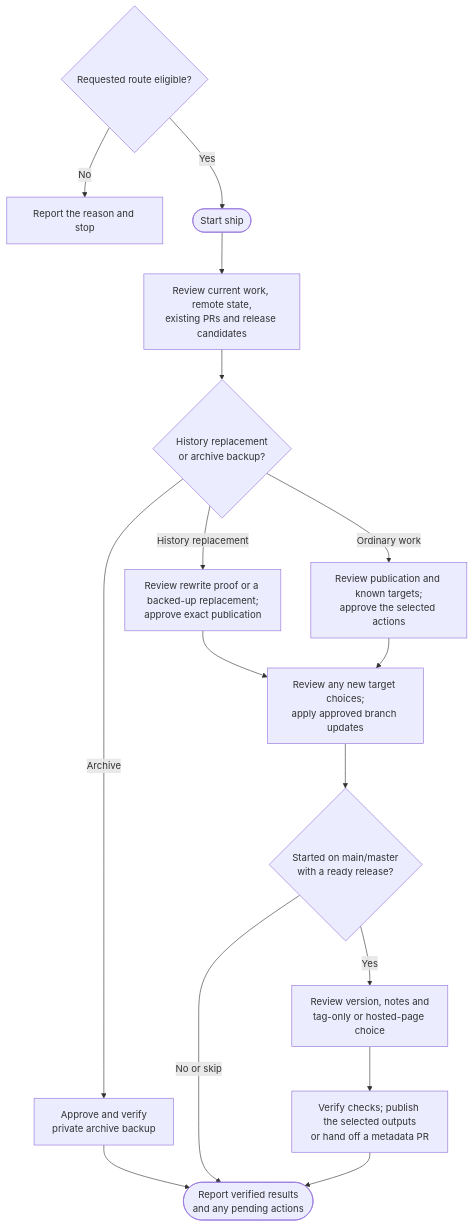
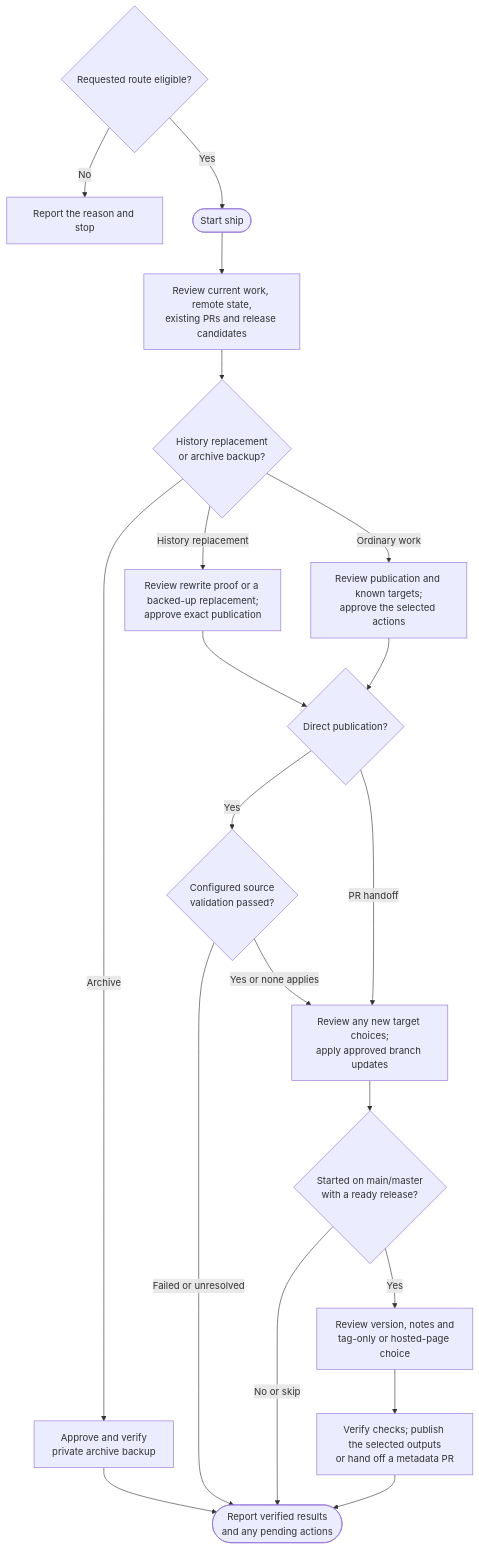
The diagram in docs/commands/ship/detailed.md (myowinthein/agent-helm), drawn with Mermaid before and after one commit. The commit also changed other lines of this file and 4 other files, not shown here.

Commit message:
fix(ship): wait for configured source validation

````diff
--- a/docs/commands/ship/detailed.md
+++ b/docs/commands/ship/detailed.md
@@ -25,18 +26,22 @@
 ```mermaid
 flowchart TD
   Entry{"Requested route eligible?"} -->|No| Blocked["Report the reason and stop"]
   Entry -->|Yes| Start
   Start(["Start ship"]) --> Inspect["Review current work, remote state,<br/>existing PRs and release candidates"]
   Inspect --> Special{"History replacement<br/>or archive backup?"}
   Special -->|Archive| Backup["Approve and verify<br/>private archive backup"]
   Backup --> End(["Report verified results<br/>and any pending actions"])
   Special -->|History replacement| History["Review rewrite proof or a backed-up replacement;<br/>approve exact publication"]
   Special -->|Ordinary work| Source["Review publication and known targets;<br/>approve the selected actions"]
-  History --> Targets["Review any new target choices;<br/>apply approved branch updates"]
-  Source --> Targets
+  History --> Method{"Direct publication?"}
+  Source --> Method
+  Method -->|Yes| Validation{"Configured source<br/>validation passed?"}
+  Validation -->|Yes or none applies| Targets["Review any new target choices;<br/>apply approved branch updates"]
+  Validation -->|Failed or unresolved| End
+  Method -->|PR handoff| Targets
   Targets --> Ready{"Started on main/master<br/>with a ready release?"}
   Ready -->|No or skip| End
   Ready -->|Yes| Release["Review version, notes and<br/>tag-only or hosted-page choice"]
   Release --> Result["Verify checks; publish the selected outputs<br/>or hand off a metadata PR"]
   Result --> End
 ```
````
